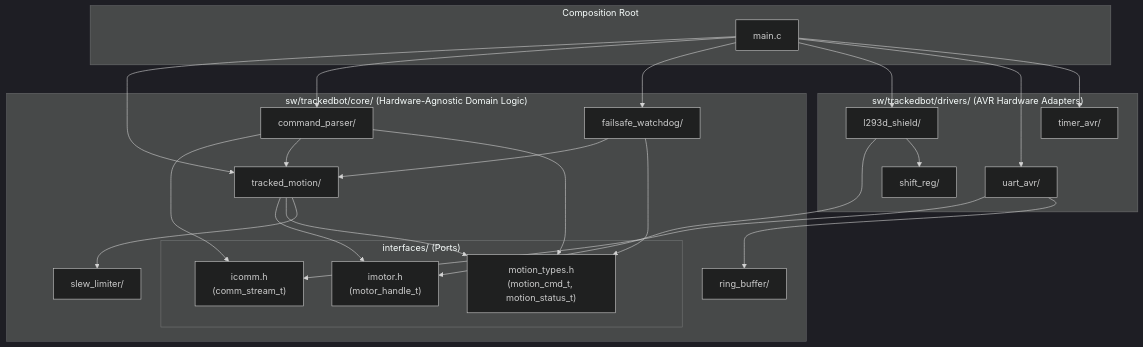
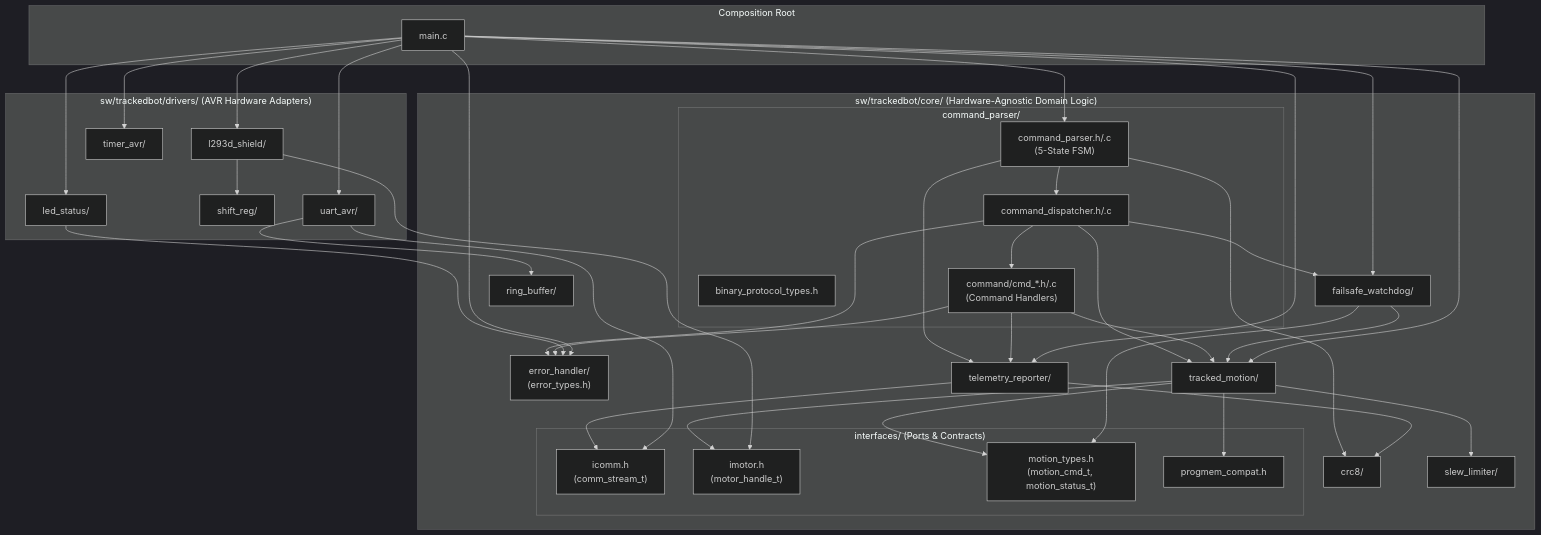
One commit to dof2bot/trackedbot changed the second of 4 diagrams in sw/README.md. Above: the diagram before and after it, drawn with Mermaid (dark theme). The commit also changed other lines of this file and 15 other files, not shown here.

````diff
--- a/sw/README.md
+++ b/sw/README.md
@@ -206,51 +431,78 @@
 ```mermaid
 graph TD
     subgraph CompositionRoot ["Composition Root"]
         MAIN["main.c"]
     end
 
     subgraph CoreLayer ["sw/trackedbot/core/ (Hardware-Agnostic Domain Logic)"]
-        subgraph Interfaces ["interfaces/ (Ports)"]
+        subgraph Interfaces ["interfaces/ (Ports & Contracts)"]
             ICOMM["icomm.h<br/>(comm_stream_t)"]
             IMOTOR["imotor.h<br/>(motor_handle_t)"]
             TYPES["motion_types.h<br/>(motion_cmd_t, motion_status_t)"]
+            PROGMEM_COMPAT["progmem_compat.h"]
         end
 
+        subgraph ParserSubsystem ["command_parser/"]
+            PARSER["command_parser.h/.c<br/>(5-State FSM)"]
+            DISPATCHER["command_dispatcher.h/.c"]
+            CMD_TYPES["binary_protocol_types.h"]
+            CMDS["command/cmd_*.h/.c<br/>(Command Handlers)"]
+        end
+
+        ERR["error_handler/<br/>(error_types.h)"]
+        TELEM["telemetry_reporter/"]
+        CRC["crc8/"]
         TM["tracked_motion/"]
         SLEW["slew_limiter/"]
-        PARSER["command_parser/"]
         WATCHDOG["failsafe_watchdog/"]
         RB["ring_buffer/"]
     end
 
     subgraph DriversLayer ["sw/trackedbot/drivers/ (AVR Hardware Adapters)"]
         L293D["l293d_shield/"]
         UART["uart_avr/"]
         TIMER["timer_avr/"]
         SHIFT["shift_reg/"]
+        LED["led_status/"]
     end
 
     %% Dependencies of Core onto Interfaces and Collaborators
     TM --> IMOTOR
     TM --> TYPES
     TM --> SLEW
-    PARSER --> ICOMM
-    PARSER --> TM
-    PARSER --> TYPES
+    TM --> PROGMEM_COMPAT
+
+    PARSER --> DISPATCHER
+    PARSER --> CRC
+    PARSER --> TELEM
+    DISPATCHER --> CMDS
+    DISPATCHER --> TM
+    DISPATCHER --> ERR
+    DISPATCHER --> WATCHDOG
+    CMDS --> TM
+    CMDS --> ERR
+    CMDS --> TELEM
+
+    TELEM --> ICOMM
+    TELEM --> CRC
     WATCHDOG --> TM
     WATCHDOG --> TYPES
 
     %% Dependencies of Drivers onto Interfaces and Core
     L293D --> IMOTOR
     L293D --> SHIFT
     UART --> ICOMM
     UART --> RB
+    LED --> ERR
 
-    %% Composition Root wires everything
+    %% Composition Root wires everything via Dependency Injection
     MAIN --> TM
     MAIN --> PARSER
     MAIN --> WATCHDOG
+    MAIN --> ERR
+    MAIN --> TELEM
     MAIN --> L293D
     MAIN --> UART
     MAIN --> TIMER
+    MAIN --> LED
 ```
````
